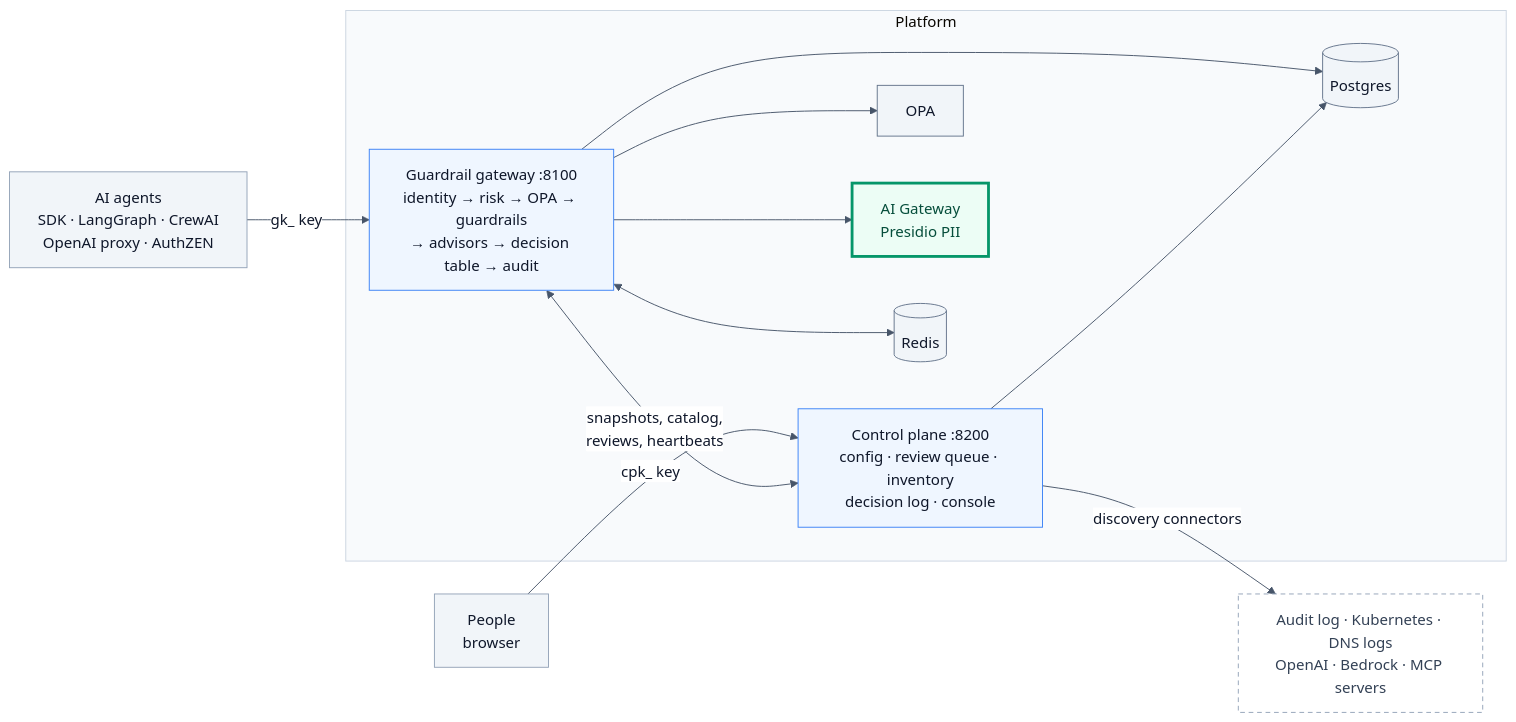
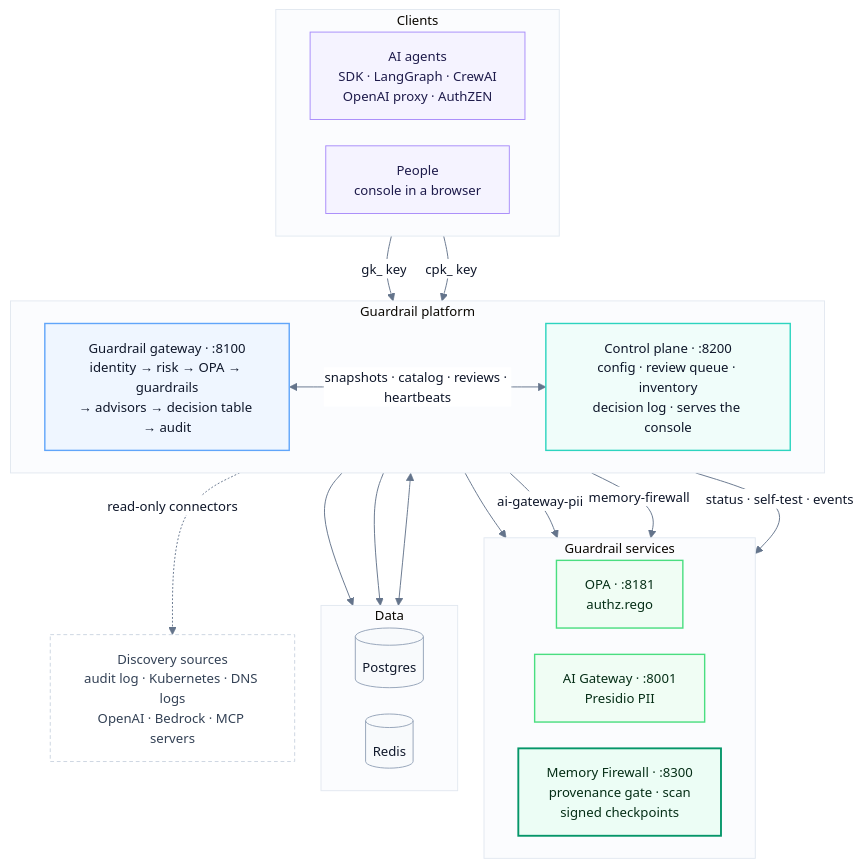
The diagram in README.md (ramsha287/policy-guardrails-agent), drawn with Mermaid before and after one commit. The commit also changed other lines of this file and 65 other files, not shown here.

First line of the commit message:
Add Memory Firewall service, guardrail and console page

````diff
--- a/README.md
+++ b/README.md
@@ -16,32 +20,56 @@
 ```mermaid
-%%{init: {"theme": "base", "themeVariables": {"primaryTextColor": "#0f172a", "lineColor": "#475569", "clusterBkg": "#f8fafc", "clusterBorder": "#cbd5e1", "edgeLabelBackground": "#ffffff"}}}%%
-flowchart LR
-  AG["AI agents<br/>SDK · LangGraph · CrewAI<br/>OpenAI proxy · AuthZEN"] -- "gk_ key" --> GW
-  P["People<br/>browser"] -- "cpk_ key" --> CP
-  subgraph Platform
-    GW["Guardrail gateway :8100<br/>identity → risk → OPA → guardrails<br/>→ advisors → decision table → audit"]
-    CP["Control plane :8200<br/>config · review queue · inventory<br/>decision log · console"]
-    OPA[OPA]
-    AIG["AI Gateway<br/>Presidio PII"]
-    DB[(Postgres)]
-    R[(Redis)]
+%%{init: {"theme": "base", "fontFamily": "Helvetica, Arial, sans-serif", "themeVariables": {"fontSize": "14px", "primaryTextColor": "#0f172a", "lineColor": "#64748b", "clusterBkg": "#fbfcfe", "clusterBorder": "#e2e8f0", "edgeLabelBackground": "#ffffff"}, "flowchart": {"curve": "basis", "nodeSpacing": 28, "rankSpacing": 48}}}%%
+flowchart TB
+  subgraph Clients["Clients"]
+    direction LR
+    AG["AI agents<br/>SDK · LangGraph · CrewAI<br/>OpenAI proxy · AuthZEN"]
+    P["People<br/>console in a browser"]
   end
+
+  subgraph Core["Guardrail platform"]
+    direction LR
+    GW["Guardrail gateway · :8100<br/>identity → risk → OPA → guardrails<br/>→ advisors → decision table → audit"]
+    CP["Control plane · :8200<br/>config · review queue · inventory<br/>decision log · serves the console"]
+  end
+
+  subgraph Services["Guardrail services"]
+    direction LR
+    OPA["OPA · :8181<br/>authz.rego"]
+    AIG["AI Gateway · :8001<br/>Presidio PII"]
+    MFW["Memory Firewall · :8300<br/>provenance gate · scan<br/>signed checkpoints"]
+  end
+
+  subgraph Data["Data"]
+    direction LR
+    DB[("Postgres")]
+    R[("Redis")]
+  end
+
+  SRC["Discovery sources<br/>audit log · Kubernetes · DNS logs<br/>OpenAI · Bedrock · MCP servers"]
+
+  AG -- "gk_ key" --> GW
+  P -- "cpk_ key" --> CP
+  GW <-- "snapshots · catalog · reviews · heartbeats" --> CP
   GW --> OPA
-  GW --> AIG
-  GW <-- "snapshots, catalog,<br/>reviews, heartbeats" --> CP
-  GW --> DB
-  CP --> DB
+  GW -- "ai-gateway-pii" --> AIG
+  GW -- "memory-firewall" --> MFW
+  CP -- "status · self-test · events" --> MFW
+  GW & CP --> DB
   GW <--> R
-  CP -- "discovery connectors" --> SRC["Audit log · Kubernetes · DNS logs<br/>OpenAI · Bedrock · MCP servers"]
+  CP -. "read-only connectors" .-> SRC
 
-  classDef client fill:#f1f5f9,stroke:#94a3b8,color:#0f172a
-  classDef service fill:#eff6ff,stroke:#3b82f6,color:#0f172a
-  classDef aigw fill:#ecfdf5,stroke:#059669,stroke-width:3px,color:#064e3b
-  classDef store fill:#f1f5f9,stroke:#64748b,color:#0f172a
-  classDef external fill:#ffffff,stroke:#94a3b8,stroke-dasharray:5 4,color:#334155
+  classDef client fill:#f5f3ff,stroke:#a78bfa,stroke-width:1px,color:#1e1b4b
+  classDef edge fill:#eff6ff,stroke:#60a5fa,stroke-width:1.5px,color:#0f172a
+  classDef control fill:#f0fdfa,stroke:#2dd4bf,stroke-width:1.5px,color:#0f172a
+  classDef guard fill:#f0fdf4,stroke:#4ade80,stroke-width:1.5px,color:#052e16
+  classDef mfw fill:#ecfdf5,stroke:#059669,stroke-width:2px,color:#052e16
+  classDef store fill:#f8fafc,stroke:#94a3b8,stroke-width:1px,color:#0f172a
+  classDef external fill:#ffffff,stroke:#cbd5e1,stroke-width:1px,stroke-dasharray:4 3,color:#334155
   class AG,P client
-  class GW,CP service
-  class AIG aigw
-  class OPA,DB,R store
+  class GW edge
+  class CP control
+  class OPA,AIG guard
+  class MFW mfw
+  class DB,R store
   class SRC external
 ```
````
